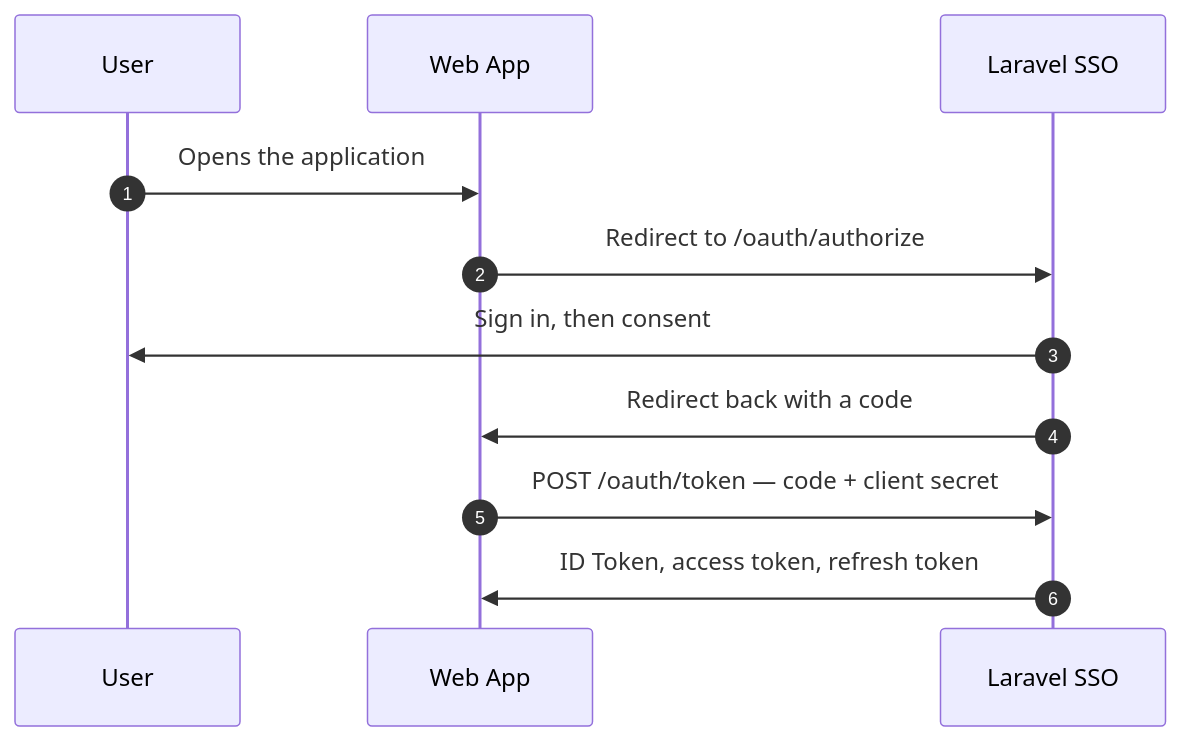
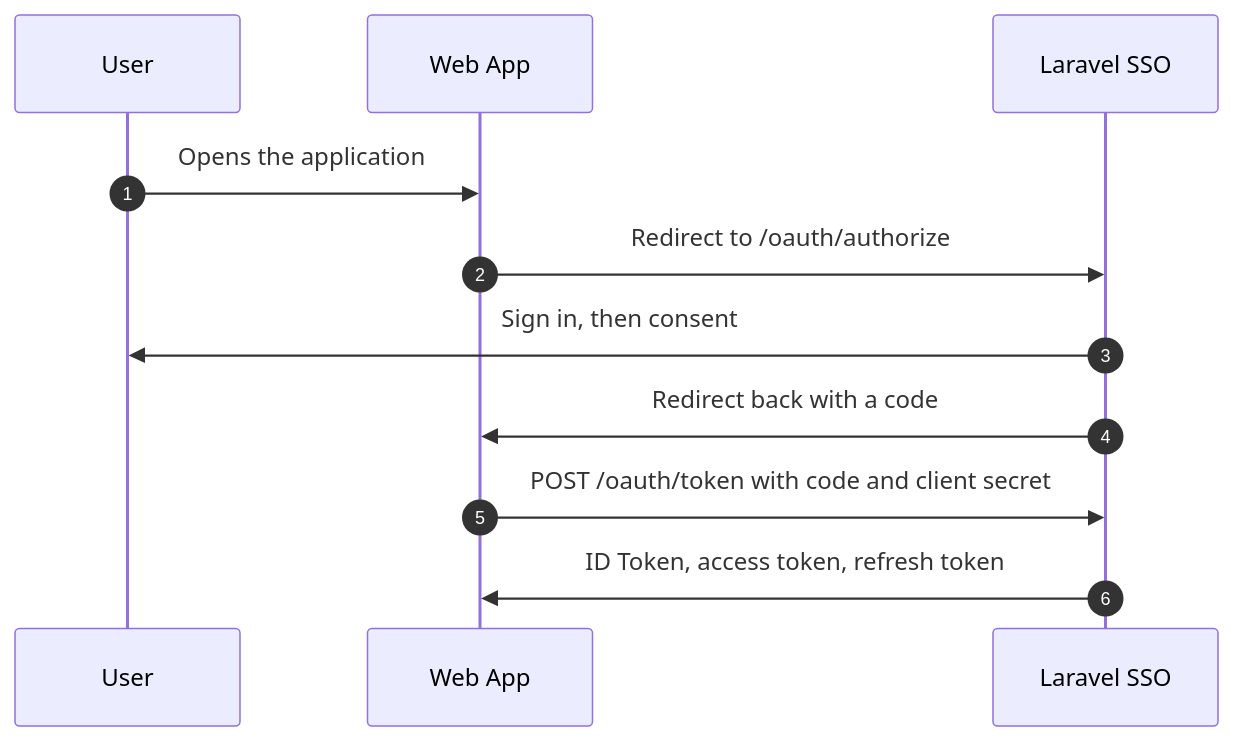
One commit to lauroguedes/laravel-sso changed the first of 3 diagrams in docs/development/architecture.md. Above: the diagram before and after it, drawn with Mermaid. The commit also changed other lines of this file and 24 other files, not shown here.

````diff
--- a/docs/development/architecture.md
+++ b/docs/development/architecture.md
@@ -29,13 +29,13 @@
 ```mermaid
 sequenceDiagram
     autonumber
     participant U as User
     participant A as Web App
     participant S as Laravel SSO
     U->>A: Opens the application
     A->>S: Redirect to /oauth/authorize
     S->>U: Sign in, then consent
     S->>A: Redirect back with a code
-    A->>S: POST /oauth/token — code + client secret
+    A->>S: POST /oauth/token with code and client secret
     S->>A: ID Token, access token, refresh token
 ```
````
